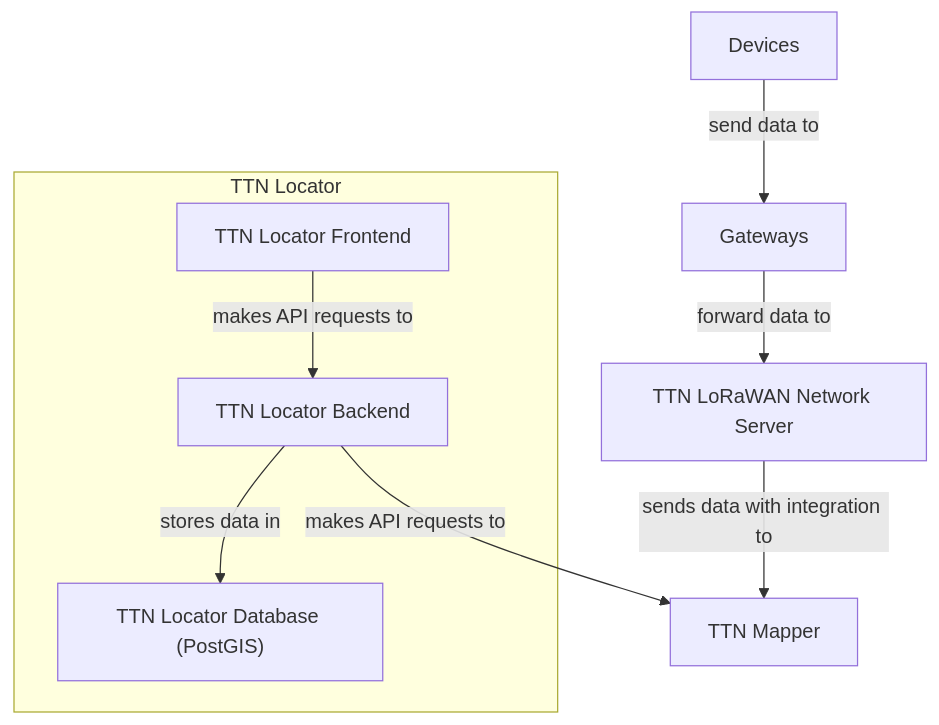
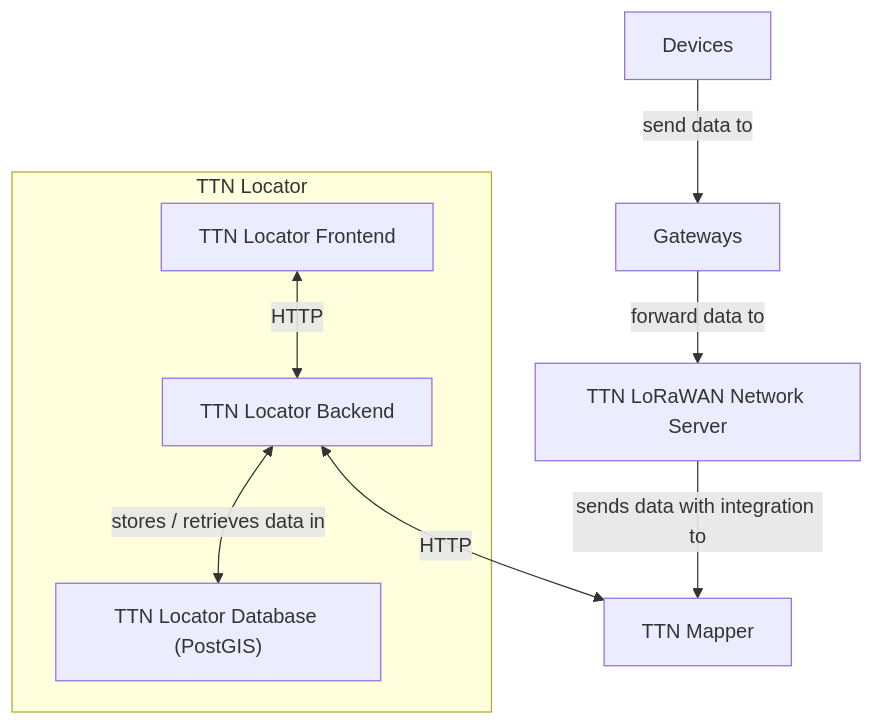
Before and after one commit to Bassadin/Master-Thesis-INM: the diagram in diagrams/program_structure/program_structure.md, drawn with Mermaid. The commit also changed 1 other file, not shown here.

Commit message:
update program structure diagram

````diff
--- a/diagrams/program_structure/program_structure.md
+++ b/diagrams/program_structure/program_structure.md
@@ -6,11 +6,11 @@
 ```mermaid
 flowchart TD
     subgraph TTNL [TTN Locator]
-    TTNLF[TTN Locator Frontend]-->|makes API requests to|TTNLB[TTN Locator Backend]
-    TTNLB-->|stores data in|TTNLDB["TTN Locator Database (PostGIS)"]
+    TTNLF[TTN Locator Frontend]<-->|HTTP|TTNLB[TTN Locator Backend]
+    TTNLB<-->|stores / retrieves data in|TTNLDB["TTN Locator Database (PostGIS)"]
     end
-    TTNLB-->|makes API requests to|TTNM
+    TTNLB<-->|HTTP|TTNM
     DVs[Devices]-->|send data to|GWs
     GWs[Gateways]-->|forward data to|TTN-LNS
     TTN-LNS[TTN LoRaWAN Network Server]-->|sends data with integration to|TTNM[TTN Mapper]
 ```
````
